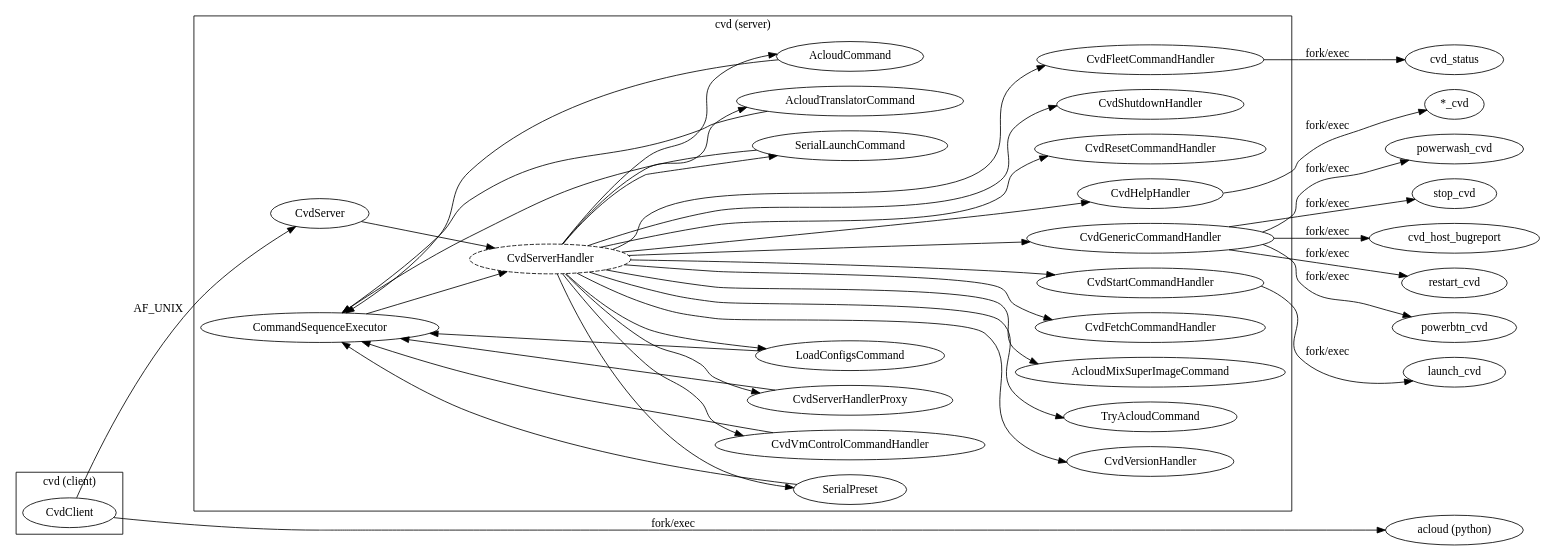
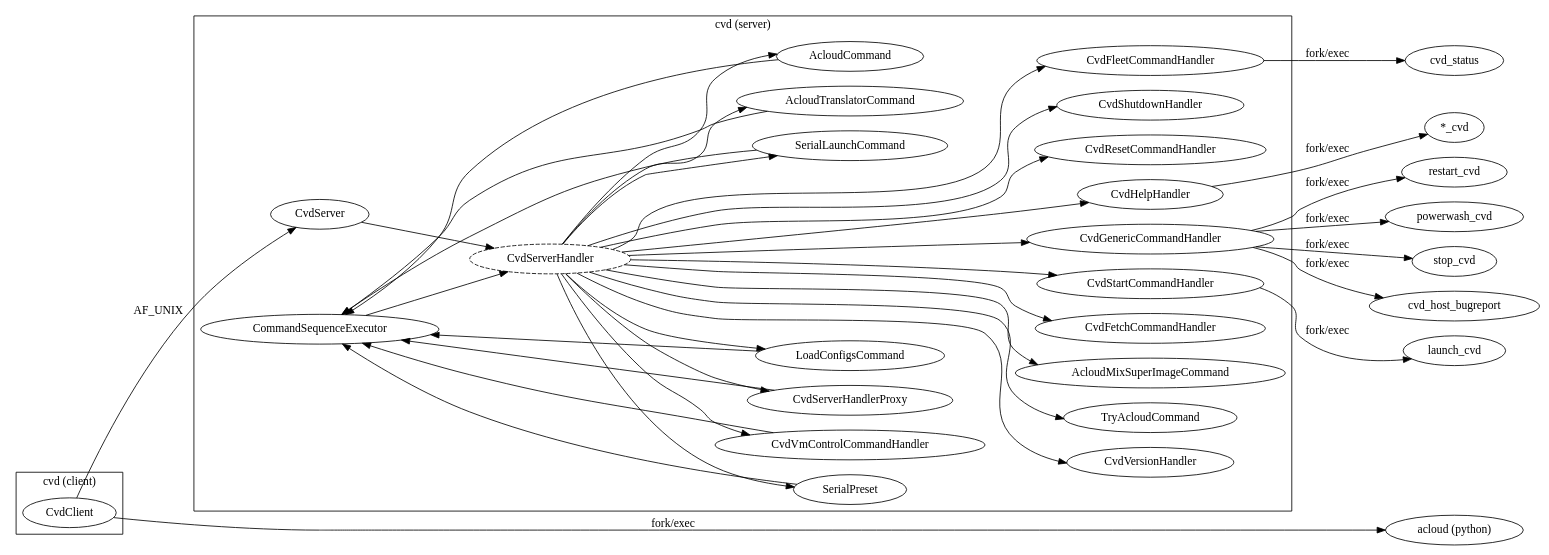
Before and after one commit to google/android-cuttlefish: the diagram in base/cvd/cuttlefish/host/commands/cvd/doc/all_handlers.dot, drawn with Graphviz. The commit also changed 2 other files, not shown here.

Commit message:
Merge "Add some block diagrams for cvd" am: 21fd273af1 am: c9b8eaa21b am: ef5c3dd809 am: a3d93be4f6 am: 5a49bf9b23 am: 5ace317304
Original change: https://android-review.googlesource.com/c/device/google/cuttlefish/+/2622712

```diff
--- a/base/cvd/cuttlefish/host/commands/cvd/doc/all_handlers.dot
+++ b/base/cvd/cuttlefish/host/commands/cvd/doc/all_handlers.dot
@@ -1,94 +1,92 @@
 digraph {
   rankdir = "LR"
 
   subgraph cluster_cvd_client {
     label = "cvd (client)"
     CvdClient
   }
   subgraph cluster_cvd_server {
     label = "cvd (server)"
     CvdServer
     CvdServerHandler [style = "dashed"]
     CommandSequenceExecutor
 
     subgraph first_order_handlers {
       rank = same;
 
       AcloudMixSuperImageCommand
       CvdFetchCommandHandler
       CvdFleetCommandHandler
       CvdHelpHandler
       CvdGenericCommandHandler
       CvdResetCommandHandler
       CvdShutdownHandler
       CvdStartCommandHandler
       CvdVersionHandler
       TryAcloudCommand
     }
     subgraph second_order_handlers {
       rank = same;
 
       AcloudCommand
       AcloudTranslatorCommand
       CvdServerHandlerProxy
       CvdVmControlCommandHandler
       LoadConfigsCommand
       SerialLaunchCommand
       SerialPreset
     }
   }
   subgraph device_executables {
     rank = same;
 
     launch_cvd
     restart_cvd
-    powerbtn_cvd
     powerwash_cvd
     all_cvd [label = "*_cvd"]
     cvd_status
     stop_cvd
     cvd_host_bugreport
     acloud [label = "acloud (python)"]
   }
 
   CvdClient -> CvdServer [label = "AF_UNIX"]
   CvdClient -> acloud [label = "fork/exec"]
   CvdServer -> CvdServerHandler
 
   CvdServerHandler -> TryAcloudCommand
   CvdServerHandler -> AcloudTranslatorCommand
   CvdServerHandler -> AcloudCommand
   CvdServerHandler -> AcloudMixSuperImageCommand
   CvdServerHandler -> CvdVmControlCommandHandler
   CvdServerHandler -> CvdFetchCommandHandler
   CvdServerHandler -> CvdFleetCommandHandler
   CvdServerHandler -> CvdGenericCommandHandler [minlen = 2]
   CvdServerHandler -> CvdServerHandlerProxy
   CvdServerHandler -> CvdHelpHandler
   CvdServerHandler -> LoadConfigsCommand
   CvdServerHandler -> CvdResetCommandHandler
   CvdServerHandler -> SerialLaunchCommand
   CvdServerHandler -> SerialPreset
   CvdServerHandler -> CvdShutdownHandler
   CvdServerHandler -> CvdStartCommandHandler
   CvdServerHandler -> CvdVersionHandler
 
   CommandSequenceExecutor -> AcloudTranslatorCommand [dir = "back"]
   CommandSequenceExecutor -> AcloudCommand [dir = "back"]
   CommandSequenceExecutor -> CvdServerHandlerProxy [dir = "back"]
   CommandSequenceExecutor -> LoadConfigsCommand [dir = "back"]
   CommandSequenceExecutor -> SerialPreset [dir = "back"]
   CommandSequenceExecutor -> SerialLaunchCommand [dir = "back"]
   CommandSequenceExecutor -> CvdVmControlCommandHandler [dir = "back"]
 
   CommandSequenceExecutor -> CvdServerHandler
 
   CvdStartCommandHandler -> launch_cvd [label = "fork/exec"]
   CvdGenericCommandHandler -> restart_cvd [label = "fork/exec"]
-  CvdGenericCommandHandler -> powerbtn_cvd [label = "fork/exec"]
   CvdGenericCommandHandler -> powerwash_cvd [label = "fork/exec"]
   CvdHelpHandler -> all_cvd [label = "fork/exec"]
   CvdFleetCommandHandler -> cvd_status [label = "fork/exec"]
   CvdGenericCommandHandler -> stop_cvd [label = "fork/exec"]
   CvdGenericCommandHandler -> cvd_host_bugreport [label = "fork/exec"]
 }
```
